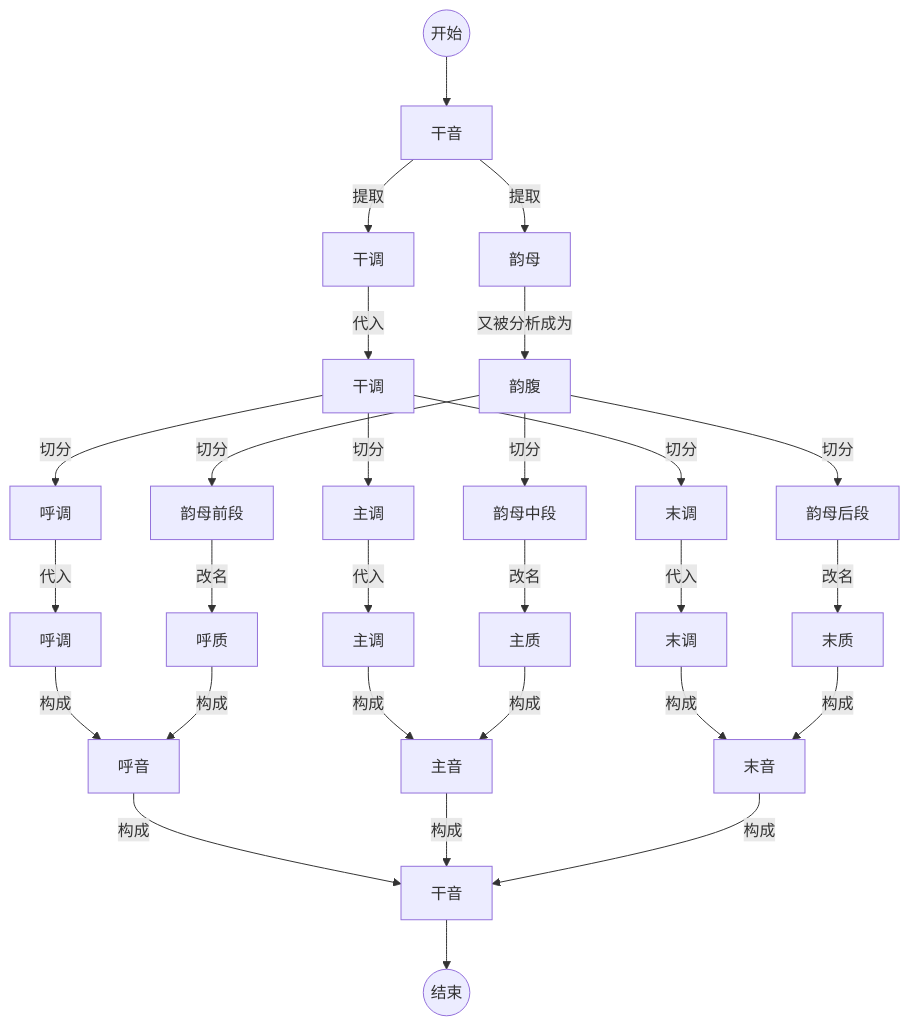
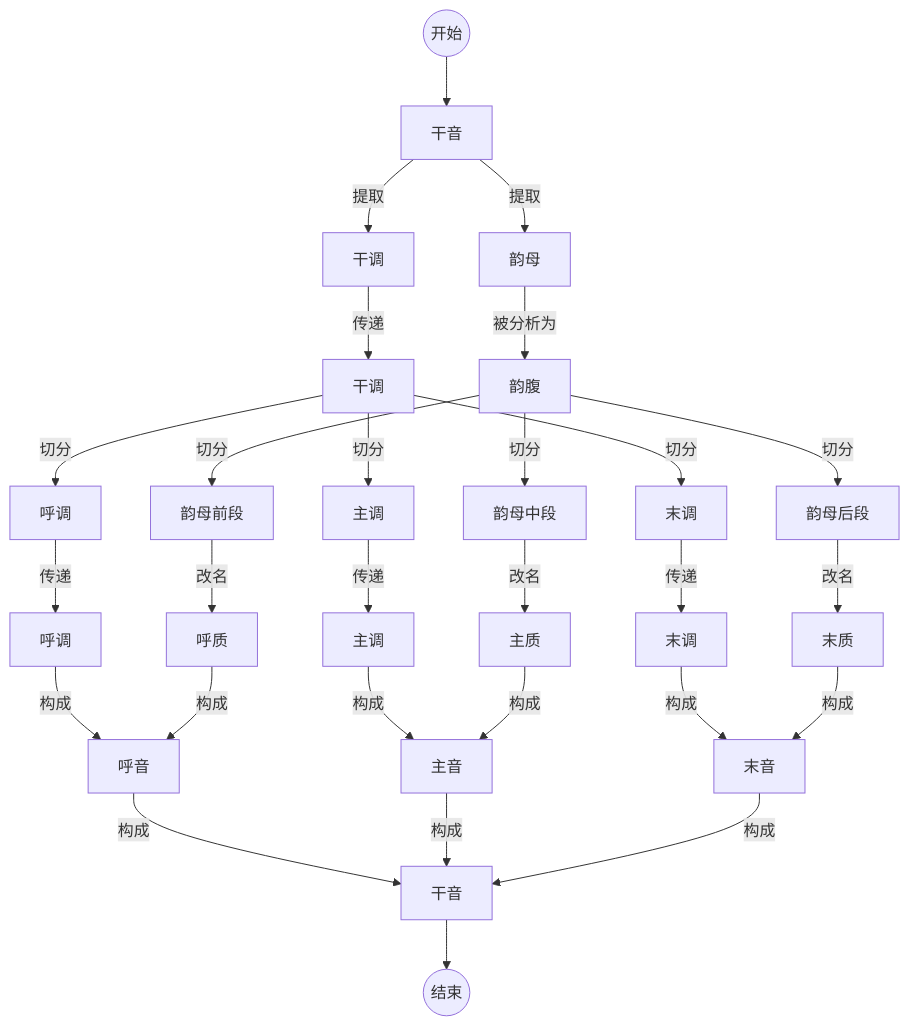
One commit to tsaanghwang/Yime-prototype changed the diagram in YIME_Theory/flowchart/单质干音分析.mmd. Above: the diagram before and after it, drawn with Mermaid. The commit also changed 8 other files, not shown here.

```diff
--- a/YIME_Theory/flowchart/单质干音分析.mmd
+++ b/YIME_Theory/flowchart/单质干音分析.mmd
@@ -1,28 +1,28 @@
 graph TB
     Start((开始)) --> A[干音]
     A --> |提取|B[干调]
     A --> |提取|C[韵母]
-    B --> |代入|B1[干调]
+    B --> |传递|B1[干调]
     B1 --> |切分|B2[呼调]
     B1 --> |切分|B3[主调]
     B1 --> |切分|B4[末调]
-    B2 --> |代入|K[呼调]
-    B3 --> |代入|L[主调]
-    B4 --> |代入|M[末调]
-    C --> |又被分析成为|D[韵腹]
+    B2 --> |传递|K[呼调]
+    B3 --> |传递|L[主调]
+    B4 --> |传递|M[末调]
+    C --> |被分析为|D[韵腹]
     D --> |切分|E[韵母前段]
     D --> |切分|F[韵母中段]
     D --> |切分|G[韵母后段]
     E --> |改名|H[呼质]
     F --> |改名|I[主质]
     G --> |改名|J[末质]
     K -->  |构成|N[呼音]
     H -->  |构成|N
     L -->  |构成|O[主音]
     I -->  |构成|O
     M -->  |构成|P[末音]
     J -->  |构成|P
     N -->  |构成|Q[干音]
     O -->  |构成|Q
     P -->  |构成|Q
     Q --> End((结束))
```
